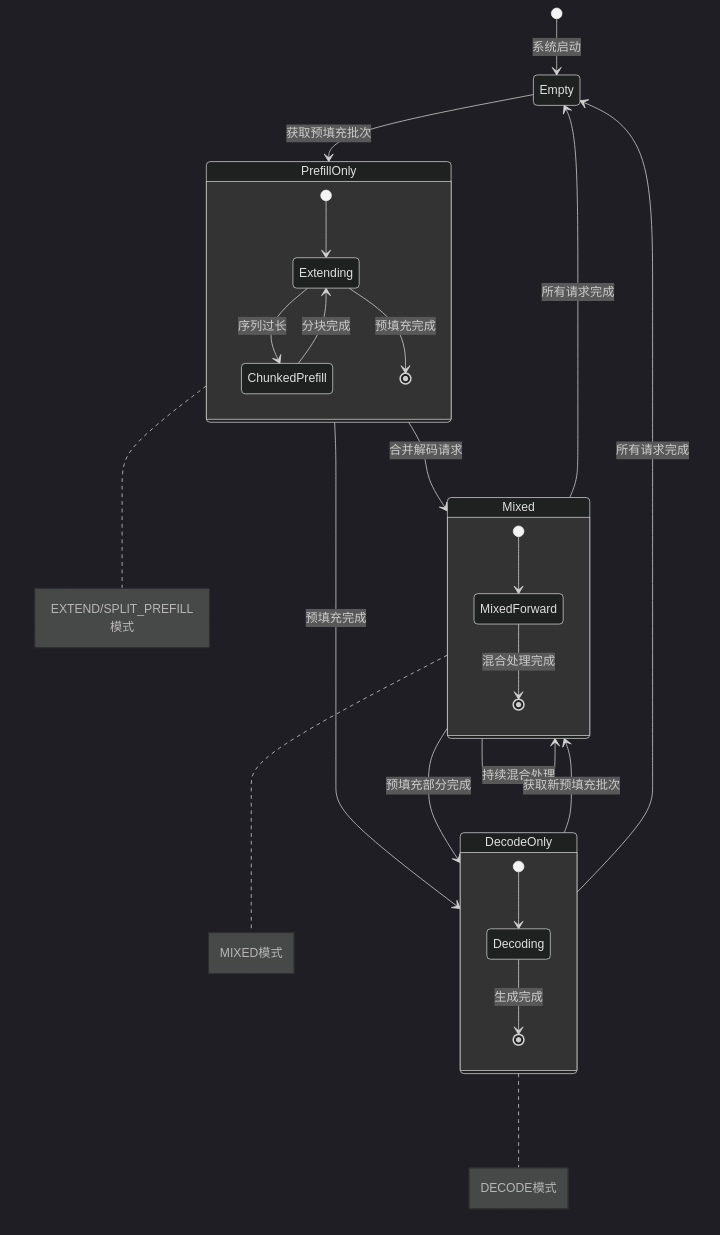
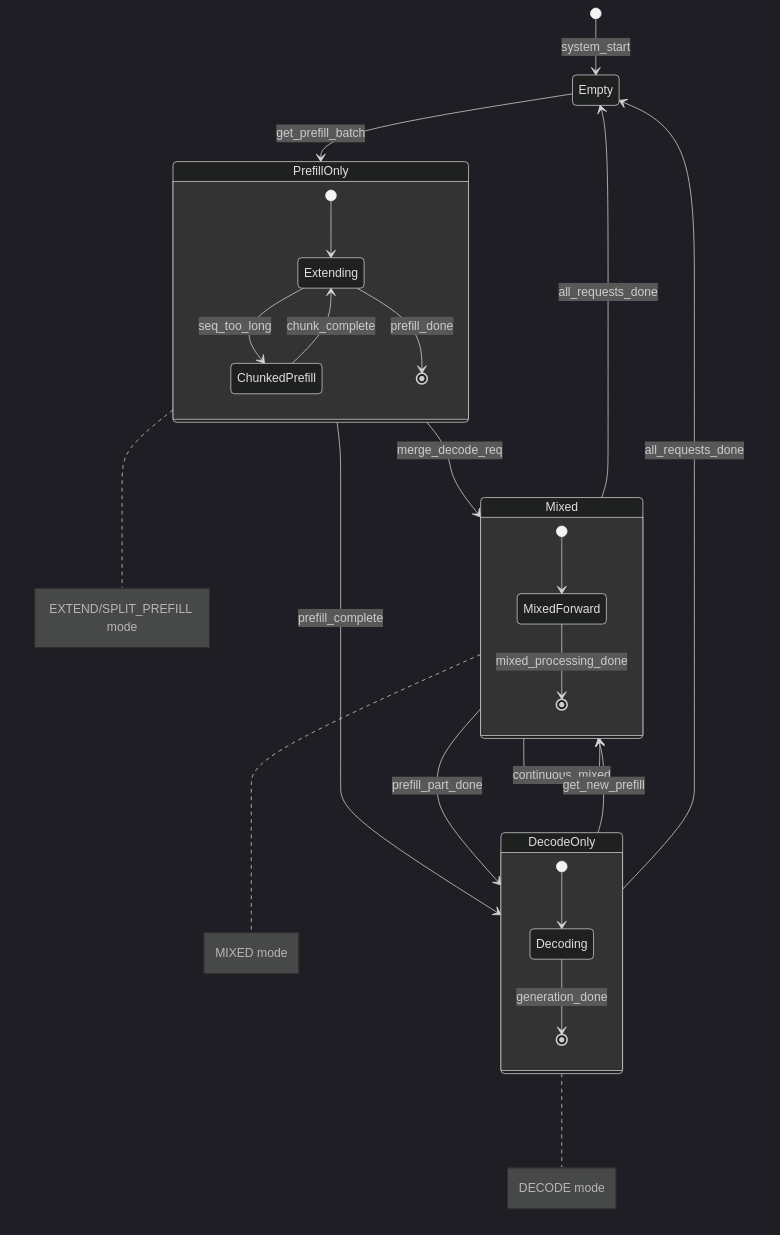
Before and after one commit to JRChen0927/sglang: the second of 6 diagrams in SGLang开发者技术文档/01-调度器/04-批处理调度策略.md, drawn with Mermaid (dark theme). The commit also changed other lines of this file, not shown here.

````diff
--- a/SGLang开发者技术文档/01-调度器/04-批处理调度策略.md
+++ b/SGLang开发者技术文档/01-调度器/04-批处理调度策略.md
@@ -98,36 +97,36 @@
 ```mermaid
 stateDiagram-v2
-    [*] --> Empty: 系统启动
+    [*] --> Empty: system_start
     
-    Empty --> PrefillOnly: 获取预填充批次
-    PrefillOnly --> Mixed: 合并解码请求
-    PrefillOnly --> DecodeOnly: 预填充完成
+    Empty --> PrefillOnly: get_prefill_batch
+    PrefillOnly --> Mixed: merge_decode_req
+    PrefillOnly --> DecodeOnly: prefill_complete
     
-    DecodeOnly --> Mixed: 获取新预填充批次
-    DecodeOnly --> Empty: 所有请求完成
+    DecodeOnly --> Mixed: get_new_prefill
+    DecodeOnly --> Empty: all_requests_done
     
-    Mixed --> DecodeOnly: 预填充部分完成
-    Mixed --> Mixed: 持续混合处理
-    Mixed --> Empty: 所有请求完成
+    Mixed --> DecodeOnly: prefill_part_done
+    Mixed --> Mixed: continuous_mixed
+    Mixed --> Empty: all_requests_done
     
     state PrefillOnly {
         [*] --> Extending
-        Extending --> ChunkedPrefill: 序列过长
-        ChunkedPrefill --> Extending: 分块完成
-        Extending --> [*]: 预填充完成
+        Extending --> ChunkedPrefill: seq_too_long
+        ChunkedPrefill --> Extending: chunk_complete
+        Extending --> [*]: prefill_done
     }
     
     state DecodeOnly {
         [*] --> Decoding
-        Decoding --> [*]: 生成完成
+        Decoding --> [*]: generation_done
     }
     
     state Mixed {
         [*] --> MixedForward
-        MixedForward --> [*]: 混合处理完成
+        MixedForward --> [*]: mixed_processing_done
     }
 
-    note right of PrefillOnly: EXTEND/SPLIT_PREFILL模式
-    note right of DecodeOnly: DECODE模式  
-    note right of Mixed: MIXED模式
+    note right of PrefillOnly: EXTEND/SPLIT_PREFILL mode
+    note right of DecodeOnly: DECODE mode
+    note right of Mixed: MIXED mode
 ```
````
